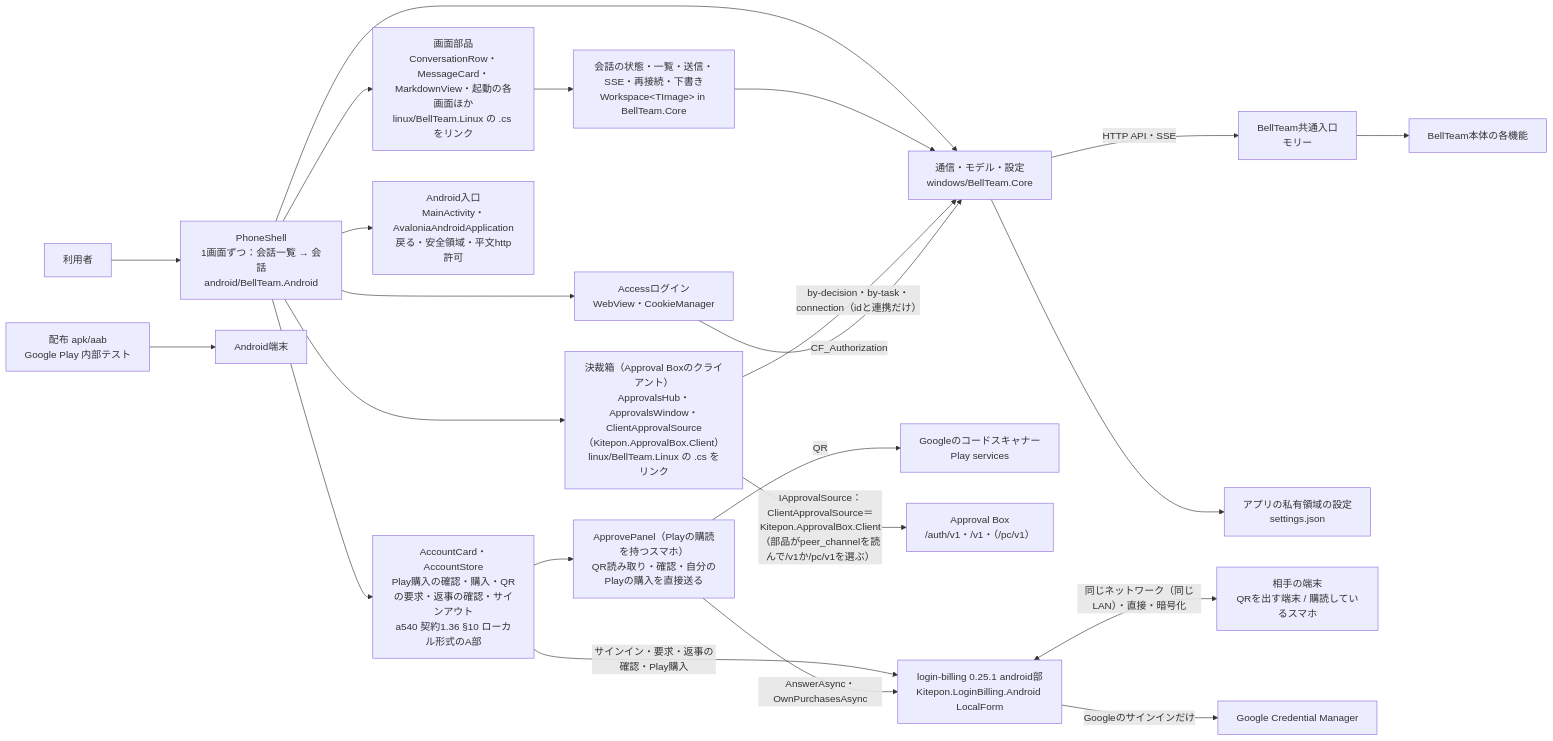
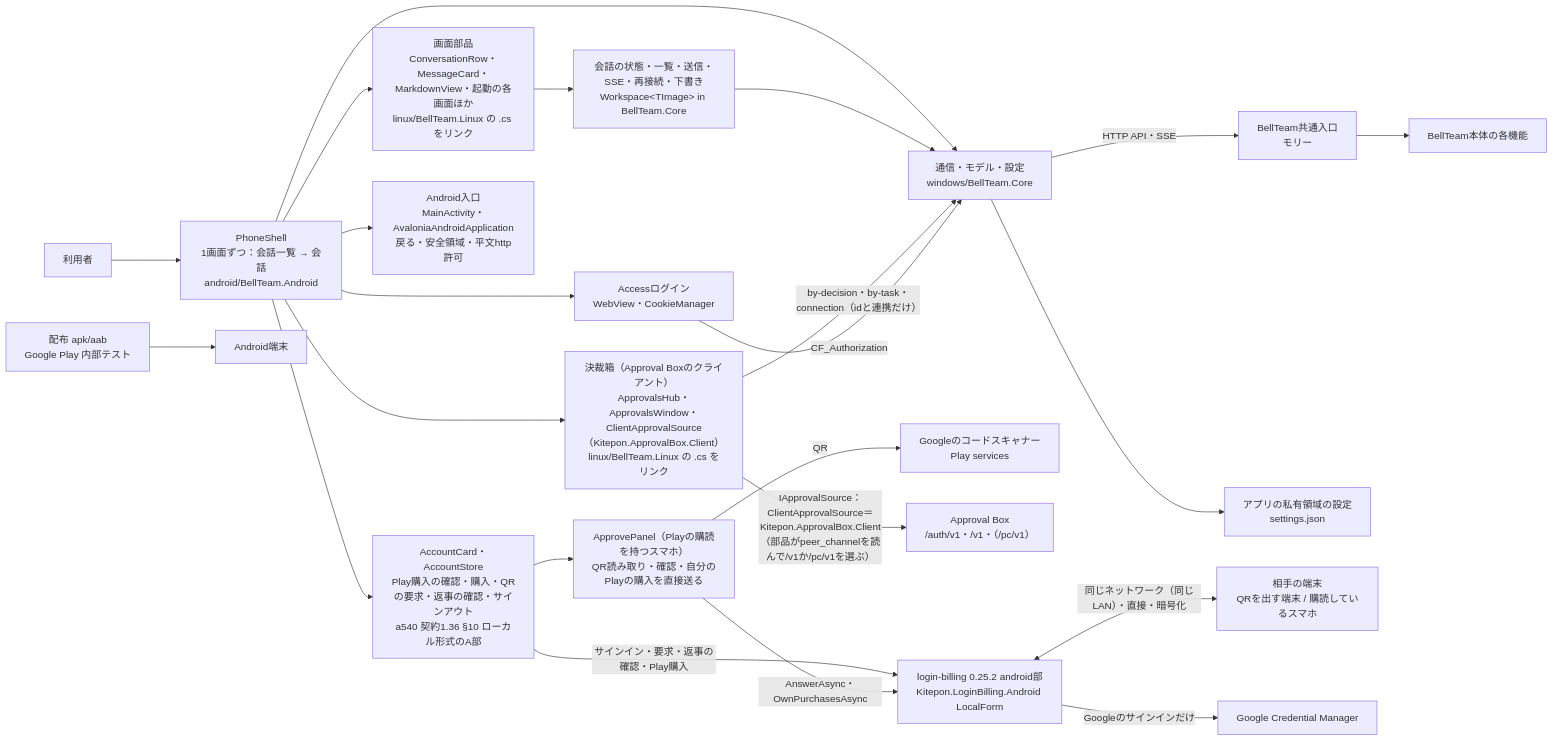
One commit to kitepon/BellTeam changed the first of 2 diagrams in docs/android-architecture.md. Above: the diagram before and after it, drawn with Mermaid. The commit also changed 9 other files, not shown here.

First line of the commit message:
login-billing 0.25.2 and Approval Box client 0.6.2: repin (text-only: unreachable_same_wifi without Wi-Fi)

````diff
--- a/docs/android-architecture.md
+++ b/docs/android-architecture.md
@@ -9,25 +9,25 @@
 ```mermaid
 flowchart LR
   user[利用者] --> shell[PhoneShell<br/>1画面ずつ：会話一覧 → 会話<br/>android/BellTeam.Android]
   shell --> views[画面部品<br/>ConversationRow・MessageCard・MarkdownView・起動の各画面ほか<br/>linux/BellTeam.Linux の .cs をリンク]
   views --> ws[会話の状態・一覧・送信・SSE・再接続・下書き<br/>Workspace&lt;TImage&gt; in BellTeam.Core]
   shell --> core[通信・モデル・設定<br/>windows/BellTeam.Core]
   ws --> core
   core -->|HTTP API・SSE| integration[BellTeam共通入口<br/>モリー]
   core --> local[アプリの私有領域の設定<br/>settings.json]
   shell --> account[AccountCard・AccountStore<br/>Play購入の確認・購入・QRの要求・返事の確認・サインアウト<br/>a540 契約1.36 §10 ローカル形式のA部]
   account --> approve[ApprovePanel（Playの購読を持つスマホ）<br/>QR読み取り・確認・自分のPlayの購入を直接送る]
   approve -->|QR| scanner[Googleのコードスキャナー<br/>Play services]
   shell --> abx[決裁箱（Approval Boxのクライアント）<br/>ApprovalsHub・ApprovalsWindow・ClientApprovalSource（Kitepon.ApprovalBox.Client）<br/>linux/BellTeam.Linux の .cs をリンク]
   abx -->|IApprovalSource：ClientApprovalSource＝Kitepon.ApprovalBox.Client（部品がpeer_channelを読んで/v1か/pc/v1を選ぶ）| abxsrv[Approval Box<br/>/auth/v1・/v1・（/pc/v1）]
   abx -->|by-decision・by-task・connection（idと連携だけ）| core
-  account -->|サインイン・要求・返事の確認・Play購入| lib[login-billing 0.25.1 android部<br/>Kitepon.LoginBilling.Android LocalForm]
+  account -->|サインイン・要求・返事の確認・Play購入| lib[login-billing 0.25.2 android部<br/>Kitepon.LoginBilling.Android LocalForm]
   approve -->|AnswerAsync・OwnPurchasesAsync| lib
   lib <-->|同じネットワーク（同じLAN）・直接・暗号化| peer[相手の端末<br/>QRを出す端末 / 購読しているスマホ]
   lib -->|Googleのサインインだけ| google[Google Credential Manager]
   shell --> access[Accessログイン<br/>WebView・CookieManager]
   access -->|CF_Authorization| core
   shell --> android[Android入口<br/>MainActivity・AvaloniaAndroidApplication<br/>戻る・安全領域・平文http許可]
   release[配布 apk/aab<br/>Google Play 内部テスト] --> device[Android端末]
   integration --> server[BellTeam本体の各機能]
 ```
````
